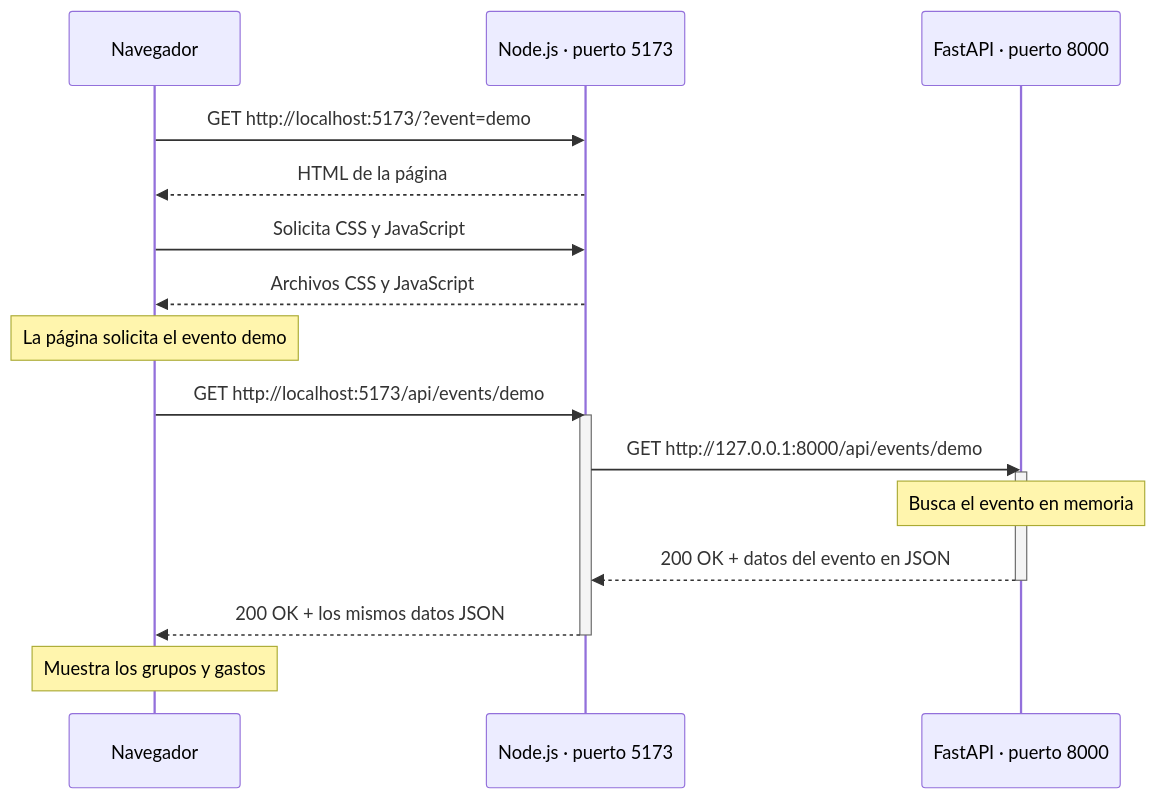
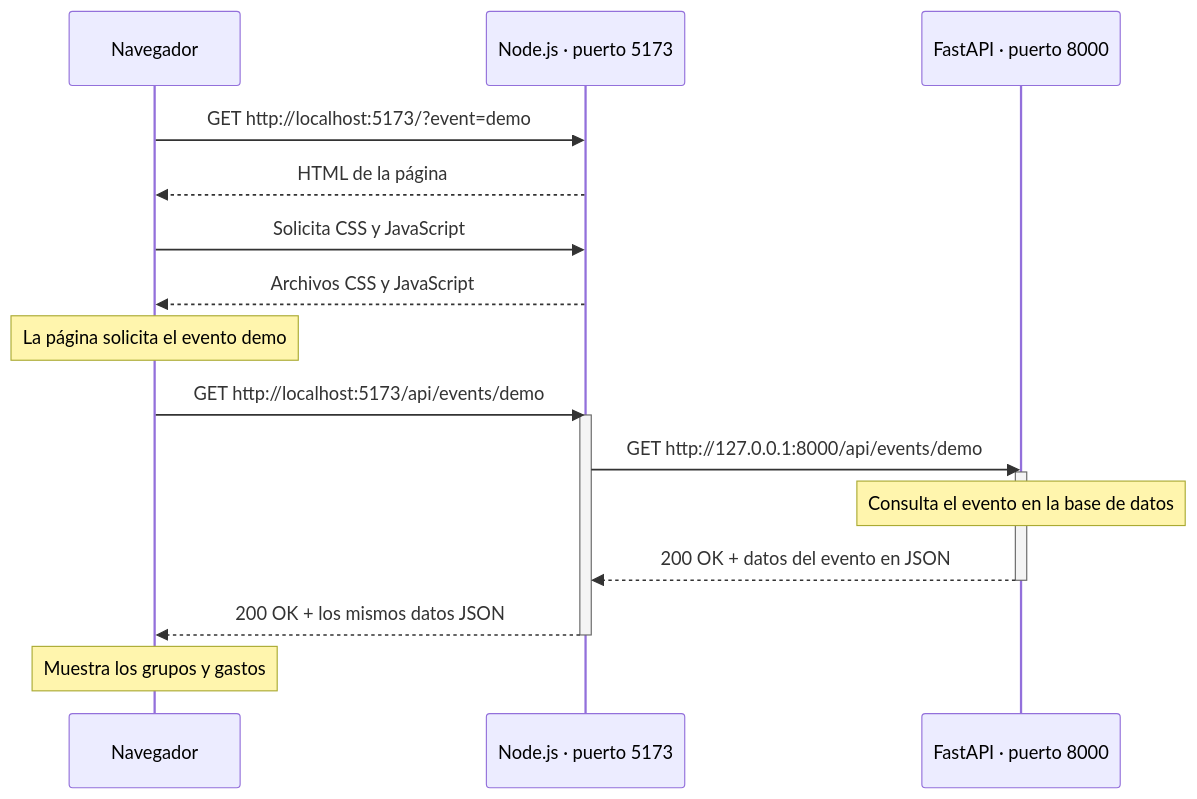
One commit to Maxkaizo/dtc_aidev changed the second of 2 diagrams in week2/docs/arquitectura.md. Above: the diagram before and after it, drawn with Mermaid. The commit also changed other lines of this file and 19 other files, not shown here.

````diff
--- a/week2/docs/arquitectura.md
+++ b/week2/docs/arquitectura.md
@@ -51,25 +51,25 @@
 ```mermaid
 sequenceDiagram
     participant N as Navegador
     participant F as Node.js · puerto 5173
     participant B as FastAPI · puerto 8000
 
     N->>F: GET http://localhost:5173/?event=demo
     F-->>N: HTML de la página
     N->>F: Solicita CSS y JavaScript
     F-->>N: Archivos CSS y JavaScript
 
     Note over N: La página solicita el evento demo
 
     N->>F: GET http://localhost:5173/api/events/demo
     activate F
     F->>B: GET http://127.0.0.1:8000/api/events/demo
     activate B
-    Note over B: Busca el evento en memoria
+    Note over B: Consulta el evento en la base de datos
     B-->>F: 200 OK + datos del evento en JSON
     deactivate B
     F-->>N: 200 OK + los mismos datos JSON
     deactivate F
 
     Note over N: Muestra los grupos y gastos
 ```
````
